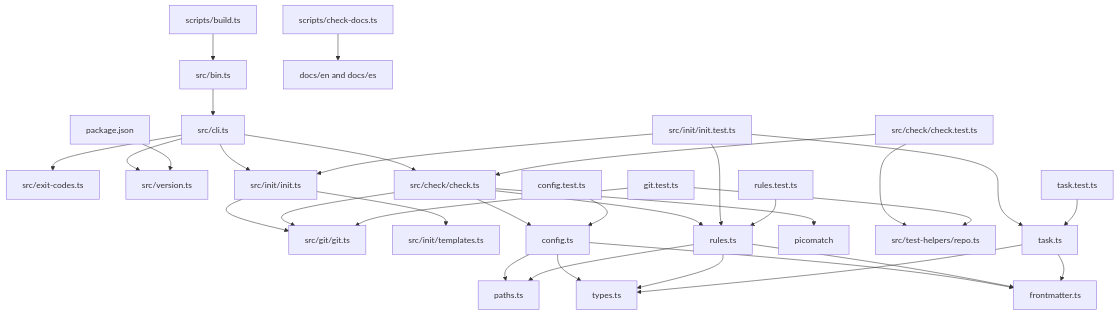
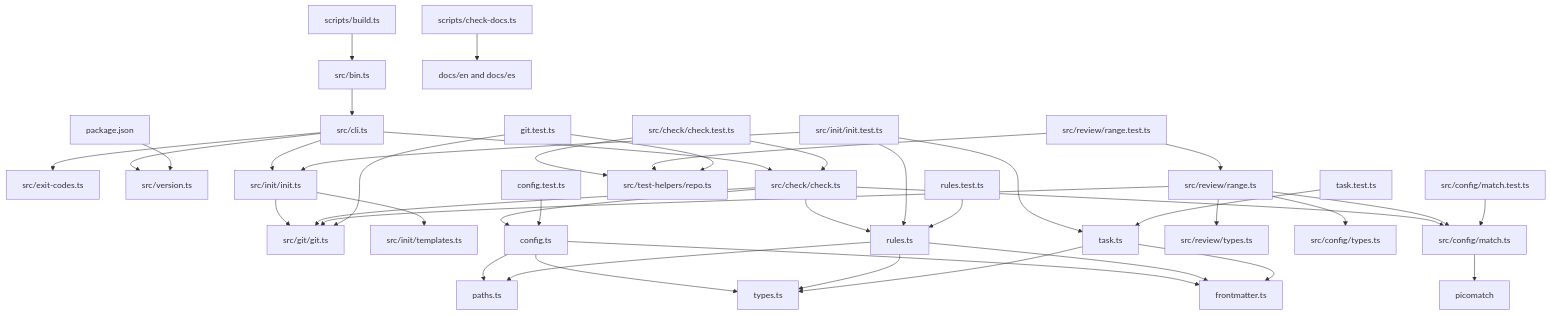
Before and after one commit to CodeLab614-AI/code-audit: the diagram in docs/en/2-architecture/10-architecture.md, drawn with Mermaid. The commit also changed other lines of this file and 62 other files, not shown here.

Commit message:
feat(review): add review range computation and pattern matcher

````diff
--- a/docs/en/2-architecture/10-architecture.md
+++ b/docs/en/2-architecture/10-architecture.md
@@ -8,35 +8,43 @@
 ```mermaid
 flowchart TD
     bin["src/bin.ts"] --> cli["src/cli.ts"]
     cli --> codes["src/exit-codes.ts"]
     cli --> version["src/version.ts"]
     cli --> init["src/init/init.ts"]
     cli --> check["src/check/check.ts"]
     init --> git["src/git/git.ts"]
     init --> templates["src/init/templates.ts"]
     check --> config["src/config/config.ts"]
     check --> rules["src/config/rules.ts"]
     check --> git["src/git/git.ts"]
-    check --> picomatch["picomatch"]
+    check --> match["src/config/match.ts"]
+    match --> picomatch["picomatch"]
+    range["src/review/range.ts"] --> git
+    range --> match
+    range --> reviewTypes["src/review/types.ts"]
+    range --> configTypes["src/config/types.ts"]
     checkTest["src/check/check.test.ts"] --> check
     checkTest --> repoHelper["src/test-helpers/repo.ts"]
+    matchTest["src/config/match.test.ts"] --> match
+    rangeTest["src/review/range.test.ts"] --> range
+    rangeTest --> repoHelper
     initTest["src/init/init.test.ts"] --> init
     initTest --> rules["src/config/rules.ts"]
     initTest --> task["src/config/task.ts"]
     pkg["package.json"] --> version
     configTest["config.test.ts"] --> config["config.ts"]
     rulesTest["rules.test.ts"] --> rules["rules.ts"]
     taskTest["task.test.ts"] --> task["task.ts"]
     config --> paths["paths.ts"]
     config --> types["types.ts"]
     config --> frontmatter["frontmatter.ts"]
     rules --> paths
     rules --> types
     rules --> frontmatter
     task --> types
     task --> frontmatter
     gitTest["git.test.ts"] --> git["src/git/git.ts"]
     gitTest --> repoHelper["src/test-helpers/repo.ts"]
     build["scripts/build.ts"] --> bin
     docsCheck["scripts/check-docs.ts"] --> docs["docs/en and docs/es"]
 ```
````
